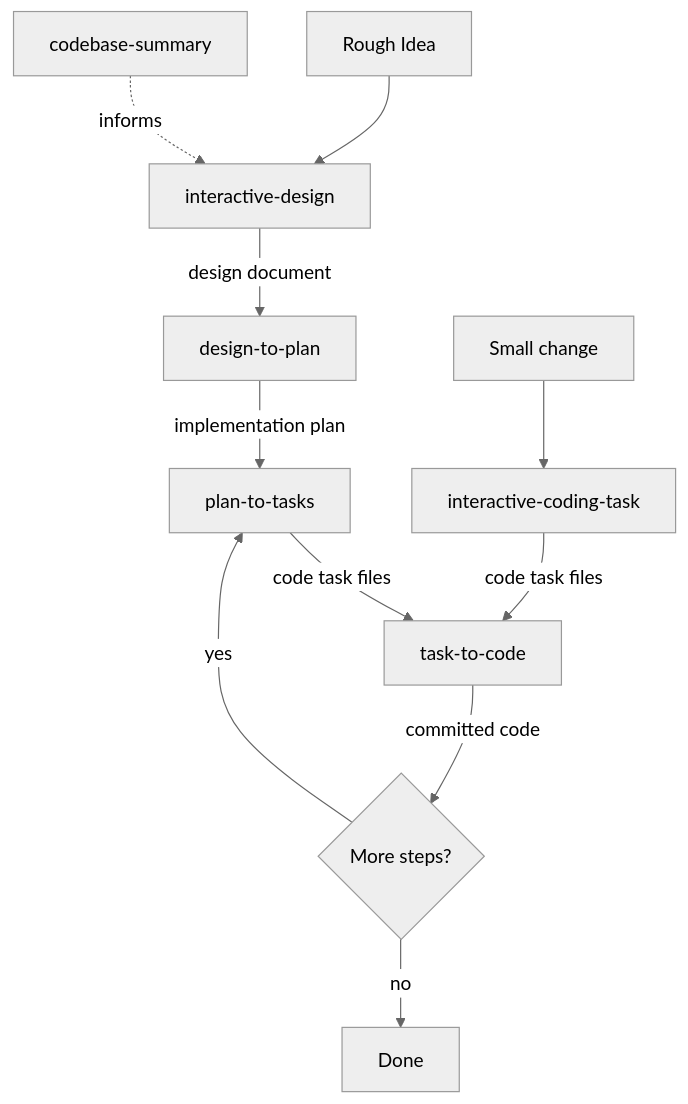
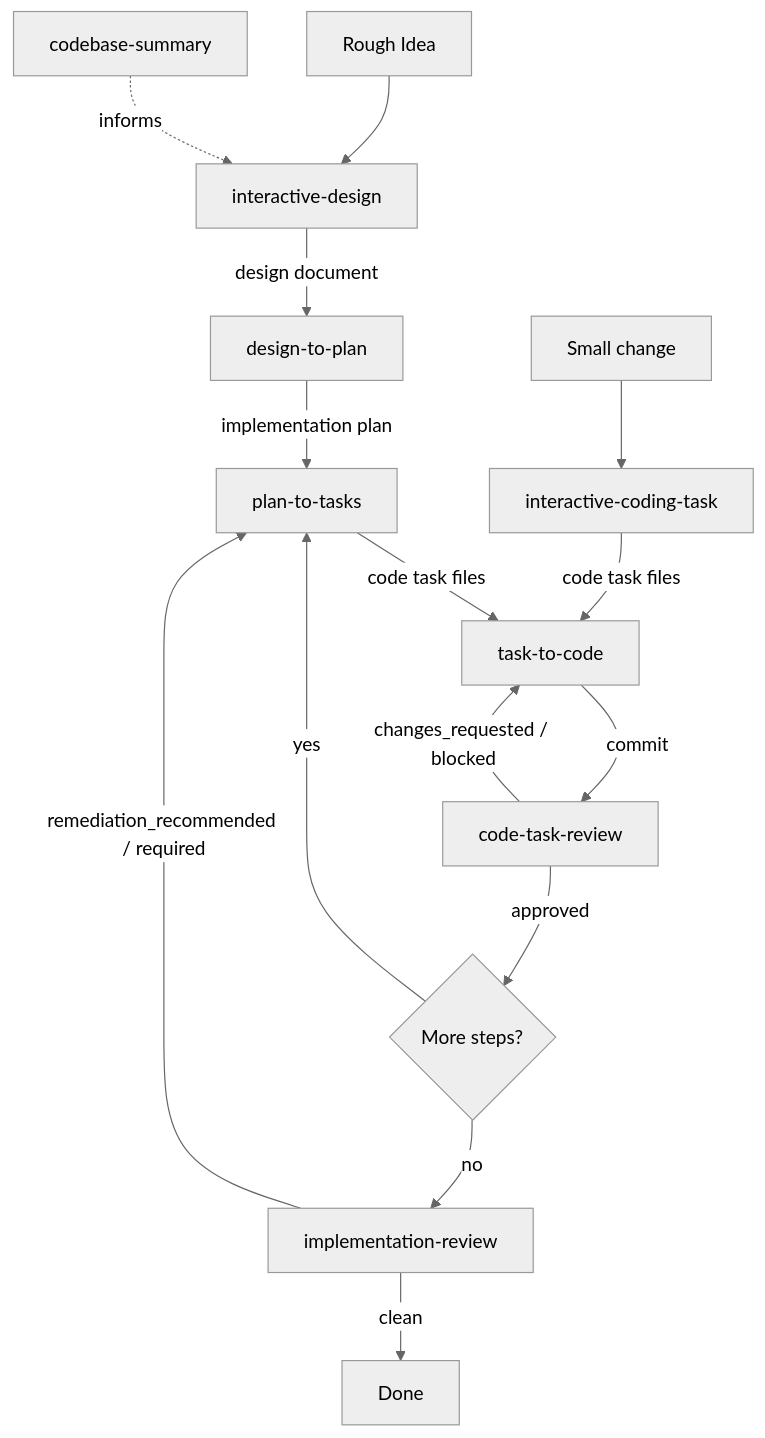
One commit to ono-sendai-labs/agent-skills changed the diagram in structured-spec-to-code/structured-spec-to-code/SKILL.md. Above: the diagram before and after it, drawn with Mermaid (neutral theme). The commit also changed other lines of this file and 5 other files, not shown here.

Commit message:
feat: Add code-task and implementation review skills.

````diff
--- a/structured-spec-to-code/structured-spec-to-code/SKILL.md
+++ b/structured-spec-to-code/structured-spec-to-code/SKILL.md
@@ -10,14 +10,18 @@
 ```mermaid
 graph TD
     A[Rough Idea] --> B[interactive-design]
     B -->|design document| C[design-to-plan]
     C -->|implementation plan| D[plan-to-tasks]
     D -->|code task files| E[task-to-code]
-    E -->|committed code| F{More steps?}
+    E -->|commit| R1[code-task-review]
+    R1 -->|approved| F{More steps?}
+    R1 -->|changes_requested / blocked| E
     F -->|yes| D
-    F -->|no| G[Done]
+    F -->|no| R2[implementation-review]
+    R2 -->|clean| G[Done]
+    R2 -->|remediation_recommended / required| D
 
     H[codebase-summary] -.->|informs| B
     I[Small change] --> J[interactive-coding-task]
     J -->|code task files| E
 ```
````
